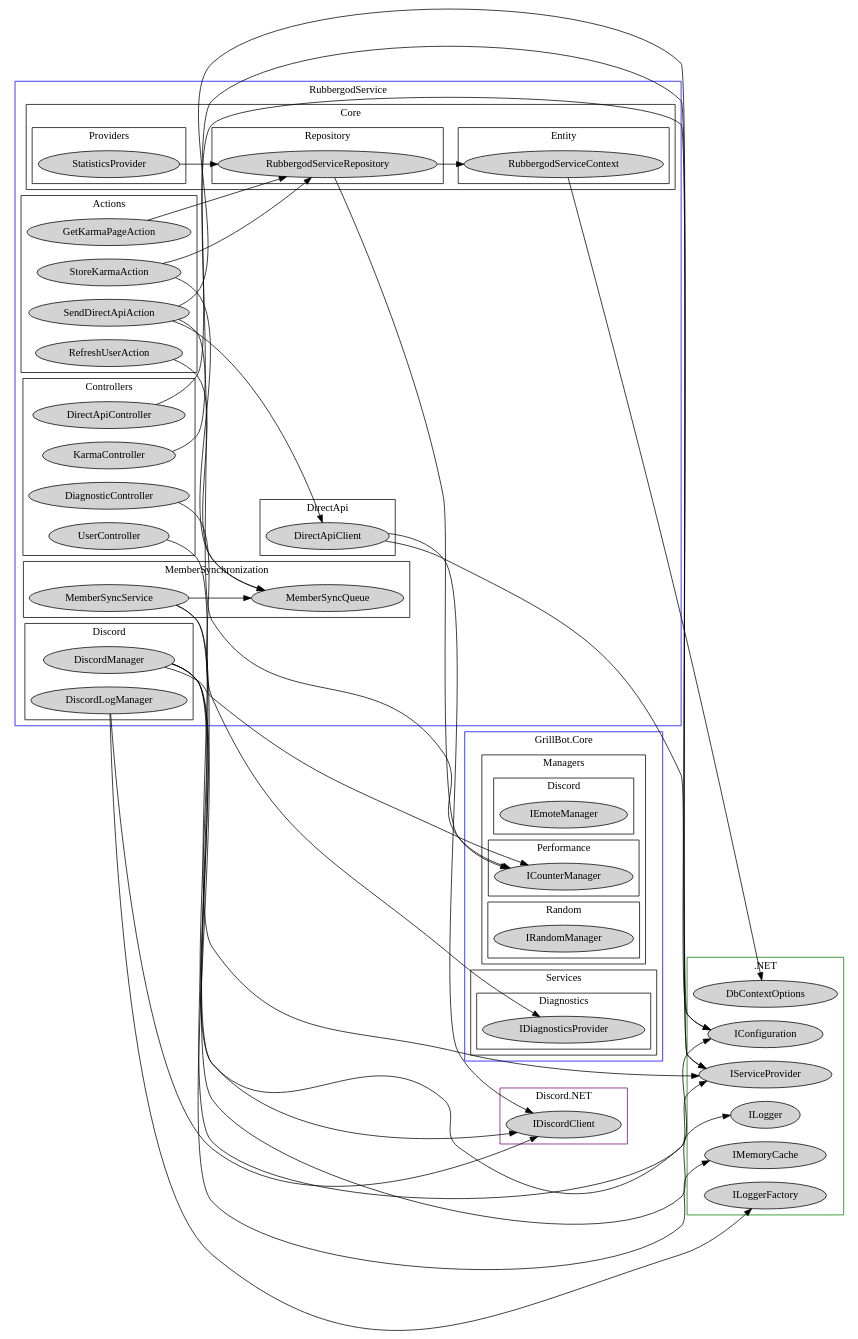
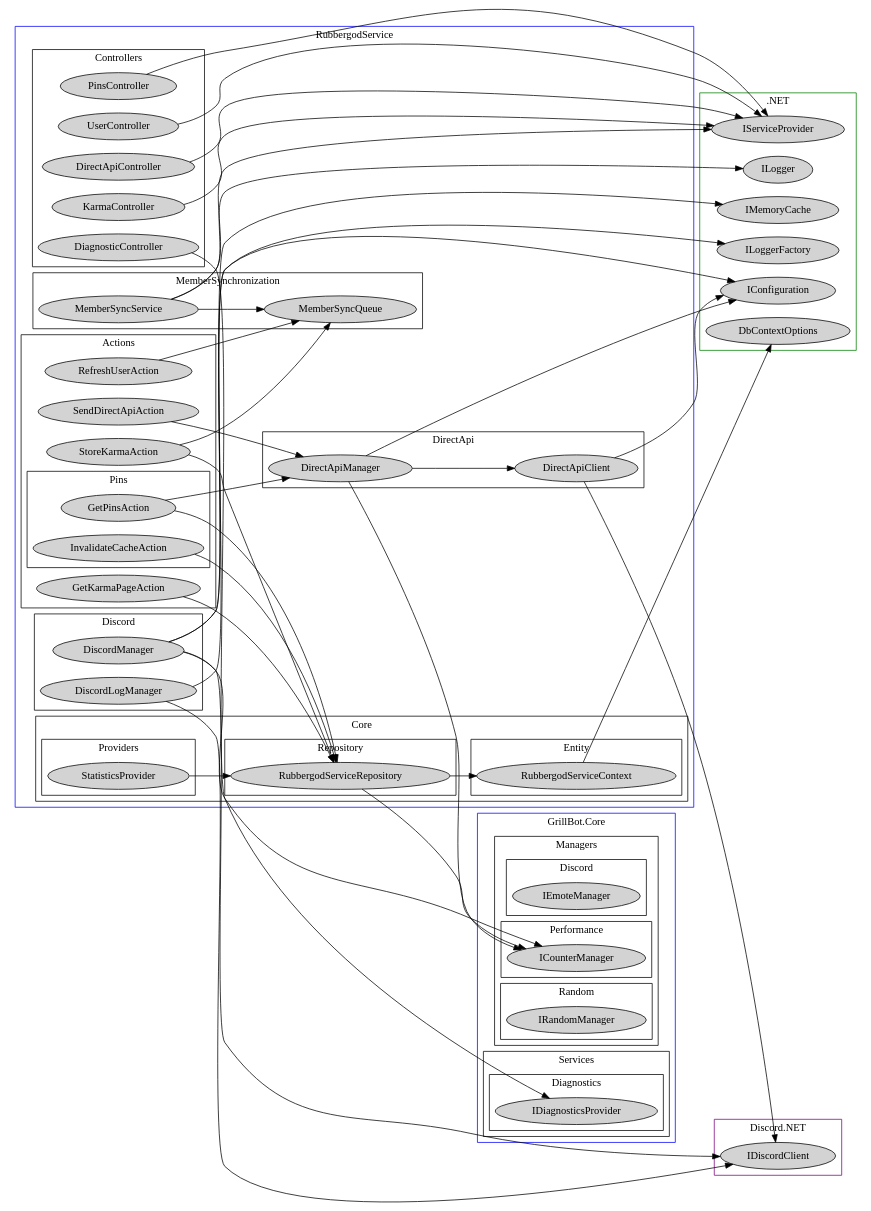
Before and after one commit to GrillBot/grillbot-docs: the diagram in data/di-graph-rubbergod.dot, drawn with Graphviz. The commit also changed 6 other files, not shown here.

```diff
--- a/data/di-graph-rubbergod.dot
+++ b/data/di-graph-rubbergod.dot
@@ -1,174 +1,189 @@
 digraph GrillBot {
     rankdir=LR
 	
 	subgraph cluster_0 {
 		node [style=filled];
 		label = "RubbergodService";
 		color=blue
 		
         subgraph cluster_3_1 {
             node [style=filled];
             label="Actions";
             color=black;
+            
+            subgraph cluster_3_1_1 {
+                node [style=filled];
+                label="Pins";
+                color=black;
+                
+                GetPinsAction
+                InvalidateCacheAction
+            }
             
             GetKarmaPageAction
             RefreshUserAction
             SendDirectApiAction
             StoreKarmaAction
         }
         
         subgraph cluster_3_2 {
             node [style=filled];
             label="Controllers";
             color=black;
             
             DiagnosticController
             DirectApiController
             KarmaController
+            PinsController
             UserController
         }
         
         subgraph cluster_3_3 {
             node [style=filled];
             label="Core"
             color=black
             
             subgraph cluster_3_3_1 {
                 node [style=filled];
                 label="Entity"
                 color=black;
                 
                 RubbergodServiceContext
             }
             
             subgraph cluster_3_3_2 {
                 node [style=filled];
                 label="Providers"
                 color=black;
                 
                 StatisticsProvider
             }
             
             subgraph cluster_3_3_3 {
                 node [style=filled];
                 label="Repository"
                 color=black
                 
                 RubbergodServiceRepository
             }
         }
         
         subgraph cluster_4 {
 	        node [style=filled];
             label="DirectApi";
             color=black;
 	        
 	        DirectApiClient
+	        DirectApiManager
 	    }
 	    
 	    subgraph cluster_5 {
 	        node [style=filled];
             label="Discord";
             color=black;
 	        
 	        DiscordLogManager
 	        DiscordManager
 	    }
 	    
 	    subgraph cluster_6 {
 	        node [style=filled];
             label="MemberSynchronization";
             color=black;
 	        
 	        MemberSyncQueue
 	        MemberSyncService
 	    }
 	}
 	
 	subgraph cluster_4 {
 	    node [style=filled];
 	    label = "GrillBot.Core";
 	    color=blue
 	    
 	    subgraph cluster_4_1 {
 	        node [style=filled];
             label="Managers";
             color=black;
             
             subgraph cluster_4_1_1 {
 	            node [style=filled];
                 label="Discord";
                 color=black;
                 
                 IEmoteManager
 	        }
             
             subgraph cluster_4_1_2 {
 	            node [style=filled];
                 label="Performance";
                 color=black;
                 
                 ICounterManager
 	        }
 	        
 	        subgraph cluster_4_1_3 {
 	            node [style=filled];
                 label="Random";
                 color=black;
                 
                 IRandomManager
 	        }
 	    }
 	    
 	    subgraph cluster_4_2 {
 	        node [style=filled];
             label="Services";
             color=black;
 	        
 	        subgraph cluster_4_3 {
 	            node [style=filled];
                 label="Diagnostics";
                 color=black;
 	            
 	            IDiagnosticsProvider
 	        }
 	    }
 	}
 	
 	subgraph cluster_100 {
 	    node[style=filled];
 	    label = ".NET"
 	    color=green
 	    
 	    IConfiguration
 	    IServiceProvider
 	    DbContextOptions
 	    ILoggerFactory
 	    IMemoryCache
 	    ILogger
 	}
 	
 	subgraph cluster_101 {
 	    node[style=filled];
 	    label = "Discord.NET"
 	    color=purple
 	    
 	    IDiscordClient
 	}
 	
 	GetKarmaPageAction -> { RubbergodServiceRepository }
 	RefreshUserAction -> { MemberSyncQueue }
-	SendDirectApiAction -> { IConfiguration DirectApiClient ICounterManager }
+	SendDirectApiAction -> { DirectApiManager }
 	StoreKarmaAction -> { MemberSyncQueue RubbergodServiceRepository }
 	DiagnosticController -> { IDiagnosticsProvider }
 	DirectApiController -> { IServiceProvider }
 	KarmaController -> { IServiceProvider }
 	UserController -> { IServiceProvider }
 	StatisticsProvider -> { RubbergodServiceRepository }
 	RubbergodServiceRepository -> { RubbergodServiceContext ICounterManager }
 	RubbergodServiceContext -> { DbContextOptions }
 	DirectApiClient -> { IDiscordClient IConfiguration }
 	DiscordLogManager -> { IDiscordClient ILoggerFactory }
 	DiscordManager ->{ IDiscordClient IConfiguration IMemoryCache ICounterManager }
 	MemberSyncService -> { MemberSyncQueue IServiceProvider ILogger }
+	DirectApiManager -> { IConfiguration DirectApiClient ICounterManager }
+	PinsController -> { IServiceProvider }
+	InvalidateCacheAction -> { RubbergodServiceRepository }
+	GetPinsAction -> { RubbergodServiceRepository DirectApiManager }
 }
```
